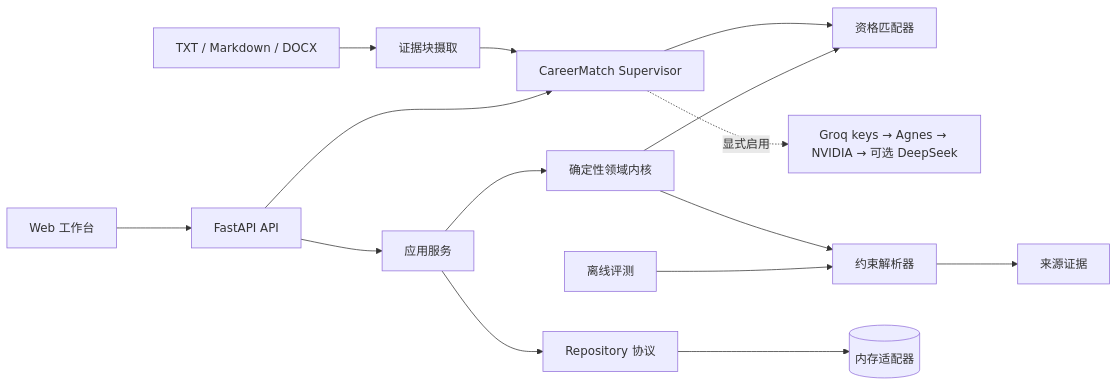
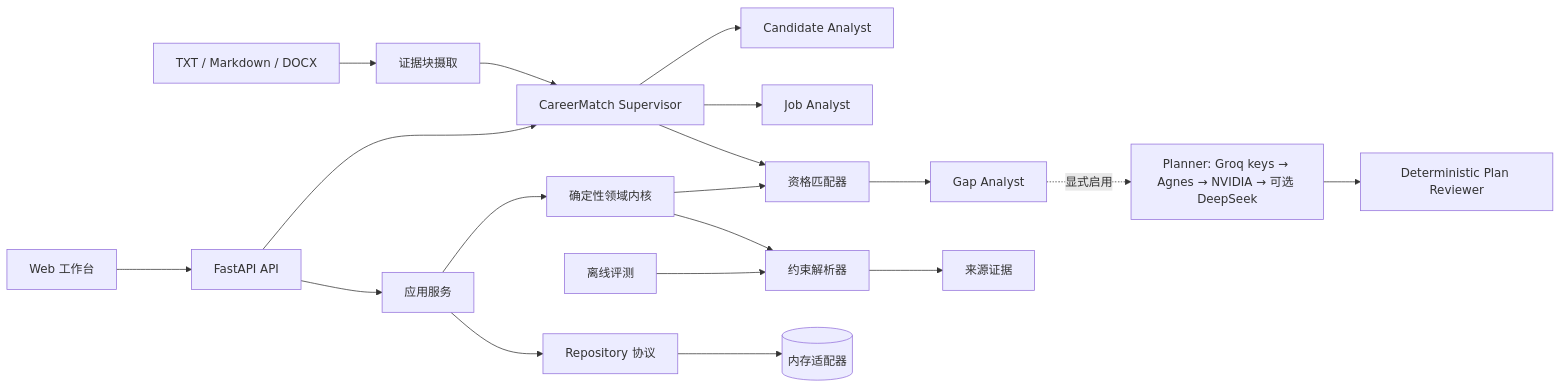
The diagram in README.md (eulermonica6-hub/Lina_Agent), drawn with Mermaid before and after one commit. The commit also changed other lines of this file and 28 other files, not shown here.

````diff
--- a/README.md
+++ b/README.md
@@ -49,17 +50,21 @@
 ```mermaid
 flowchart LR
     FILE[TXT / Markdown / DOCX] --> INGEST[证据块摄取]
     INGEST --> AGENT[CareerMatch Supervisor]
+    AGENT --> PROFILE[Candidate Analyst]
+    AGENT --> JOB[Job Analyst]
     AGENT --> MATCHER[技能证据排序]
-    AGENT -. 显式启用 .-> LLM[Groq keys → Agnes → NVIDIA → 可选 DeepSeek]
+    MATCHER --> GAP[Gap Analyst]
+    GAP -. 显式启用 .-> LLM[Planner: Groq keys → Agnes → NVIDIA → 可选 DeepSeek]
+    LLM --> REVIEW[Deterministic Plan Reviewer]
     UI[Web 工作台] --> API[FastAPI API]
     API --> APP[应用服务]
     APP --> REPO[Repository 协议]
     APP --> DOMAIN[确定性领域内核]
     DOMAIN --> PARSER[约束解析器]
     DOMAIN --> MATCHER[资格匹配器]
     PARSER --> EVIDENCE[来源证据]
     EVAL[离线评测] --> PARSER
     REPO --> MEMORY[(内存适配器)]
     API --> AGENT
 ```
````
